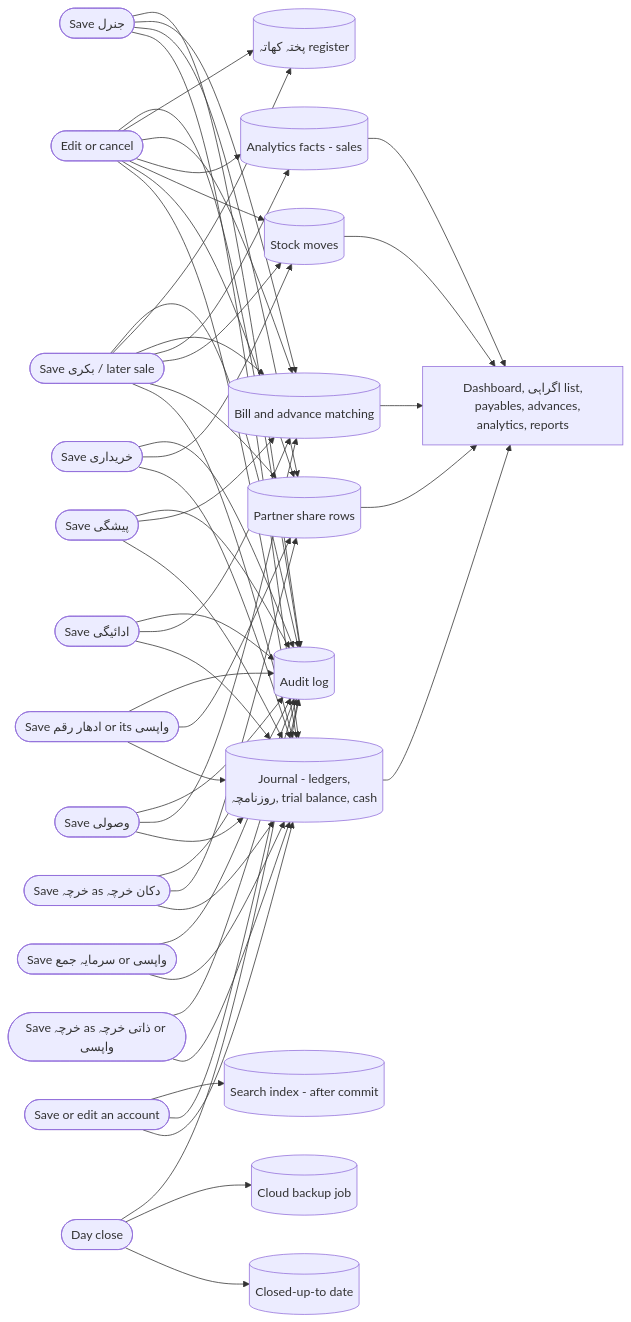
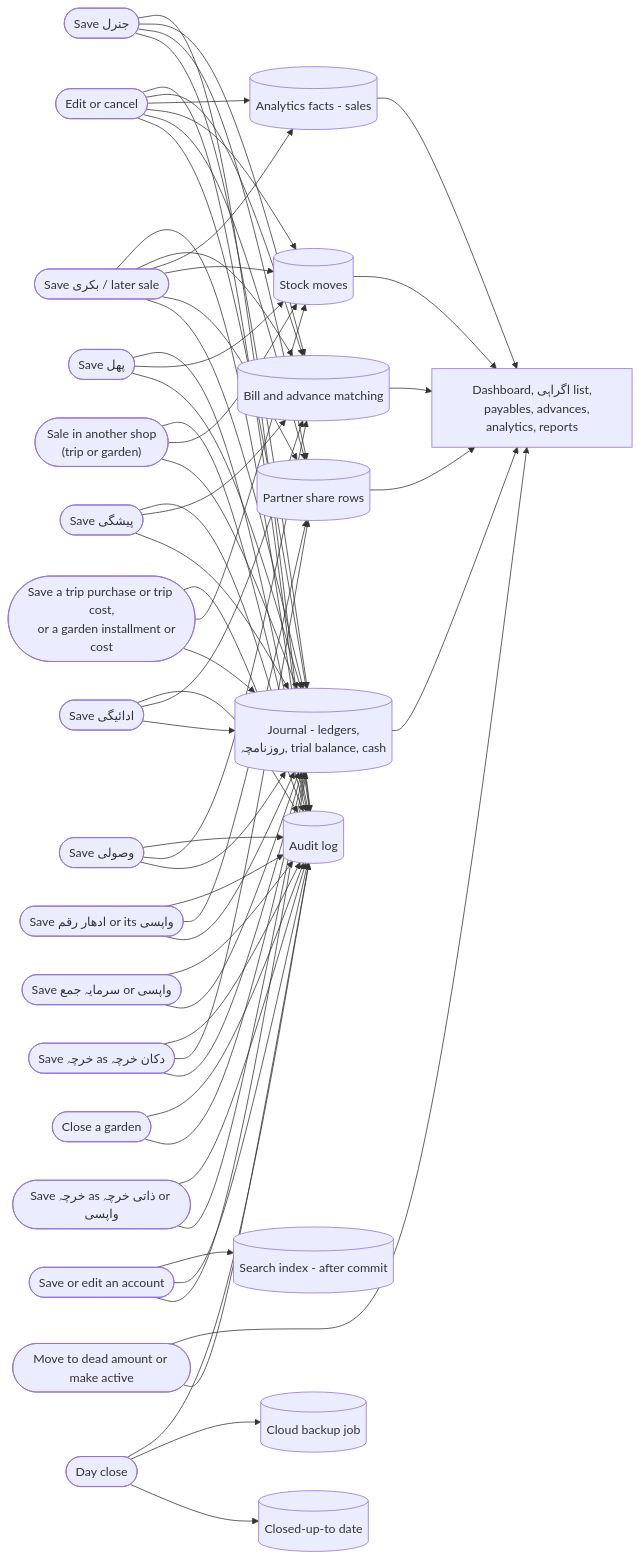
Before and after one commit to FaisalHanif12/Fruits-Mandi-Software: the seventh of 28 diagrams in .claude/rules/Architecture_v1.md, drawn with Mermaid. The commit also changed other lines of this file and 6920 other files, not shown here.

````diff
--- a/.claude/rules/Architecture_v1.md
+++ b/.claude/rules/Architecture_v1.md
@@ -257,44 +272,52 @@
 ```mermaid
 flowchart LR
     SAVE_BIKRI(["Save بکری / later sale"])
     EDIT(["Edit or cancel"])
     SAVE_REC(["Save وصولی"])
     SAVE_PAY(["Save ادائیگی"])
     SAVE_ADV(["Save پیشگی"])
     SAVE_SHOP(["Save خرچہ as دکان خرچہ"])
     SAVE_PERS(["Save خرچہ as ذاتی خرچہ or واپسی"])
     SAVE_LENT(["Save ادھار رقم or its واپسی"])
-    SAVE_PUR(["Save خریداری"])
+    SAVE_PUR(["Save a trip purchase or trip cost,
+    or a garden installment or cost"])
+    SAVE_OTHER(["Sale in another shop
+    (trip or garden)"])
+    SAVE_GCLOSE(["Close a garden"])
+    SAVE_FRUIT(["Save پھل"])
     SAVE_CAP(["Save سرمایہ جمع or واپسی"])
     SAVE_GEN(["Save جنرل"])
     DAYC(["Day close"])
 
     JRN[("Journal - ledgers,
     روزنامچہ, trial balance, cash")]
     SPLIT[("Partner share rows")]
     STOCK[("Stock moves")]
     FACTS[("Analytics facts - sales")]
     MATCH[("Bill and advance matching")]
-    PUKHTA[("پختہ کھاتہ register")]
     AUD[("Audit log")]
     DAYS[("Closed-up-to date")]
     BACKUP[("Cloud backup job")]
     DASHV["Dashboard, اگراہی list,
     payables, advances, analytics, reports"]
 
-    SAVE_BIKRI --> JRN & SPLIT & STOCK & FACTS & MATCH & PUKHTA & AUD
-    EDIT --> JRN & SPLIT & STOCK & FACTS & MATCH & PUKHTA & AUD
+    SAVE_BIKRI --> JRN & SPLIT & STOCK & FACTS & MATCH & AUD
+    EDIT --> JRN & SPLIT & STOCK & FACTS & MATCH & AUD
     SAVE_REC --> JRN & MATCH & AUD
     SAVE_PAY --> JRN & MATCH & AUD
     SAVE_ADV --> JRN & MATCH & AUD
     SAVE_SHOP --> JRN & SPLIT & AUD
     SAVE_PERS --> JRN & AUD
     SAVE_LENT --> JRN & SPLIT & AUD
     SAVE_PUR --> JRN & STOCK & AUD
+    SAVE_OTHER --> JRN & STOCK & AUD
+    SAVE_GCLOSE --> JRN & AUD
+    SAVE_FRUIT --> JRN & STOCK & AUD
     SAVE_CAP --> JRN & AUD
     SAVE_GEN --> JRN & SPLIT & MATCH & AUD
     SAVE_ACC(["Save or edit an account"]) --> JRN & AUD & SIDX[("Search index - after commit")]
+    SAVE_DEAD(["Move to dead amount or make active"]) --> AUD & DASHV
     DAYC --> DAYS & BACKUP & AUD
 
     JRN & SPLIT & STOCK & FACTS & MATCH --> DASHV
 ```
````
